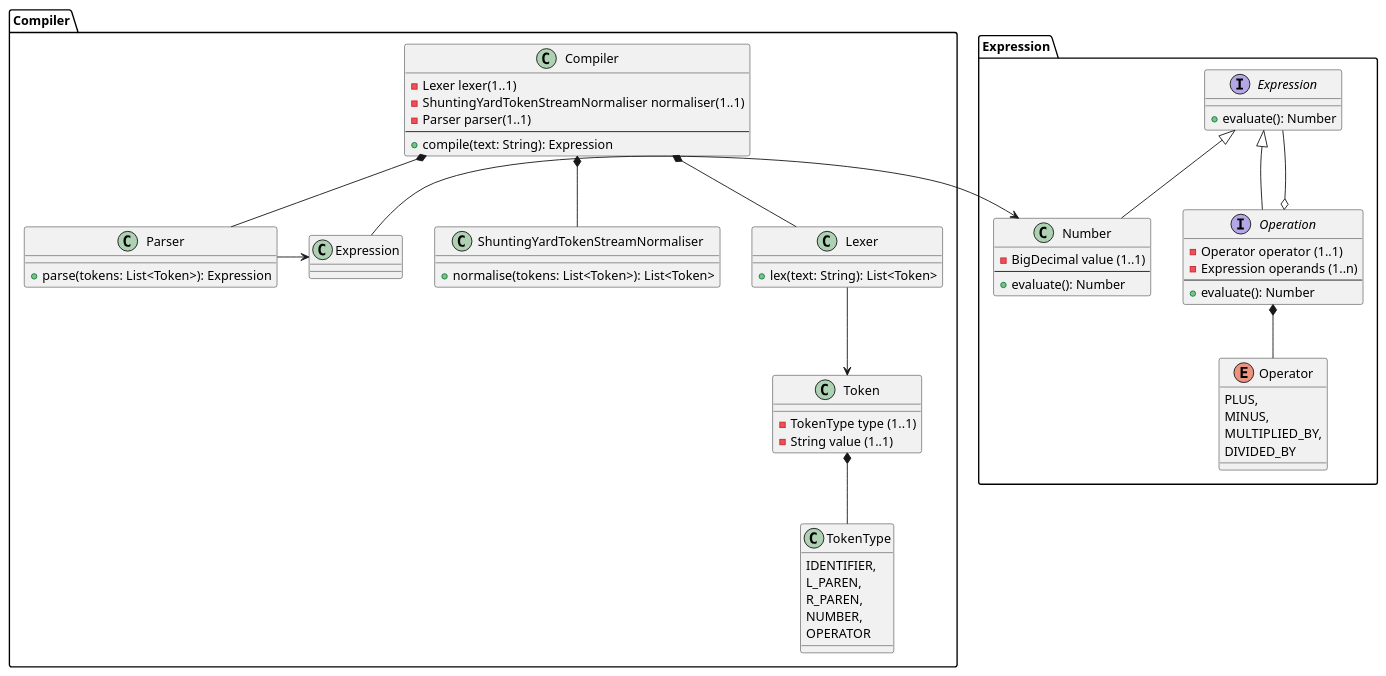
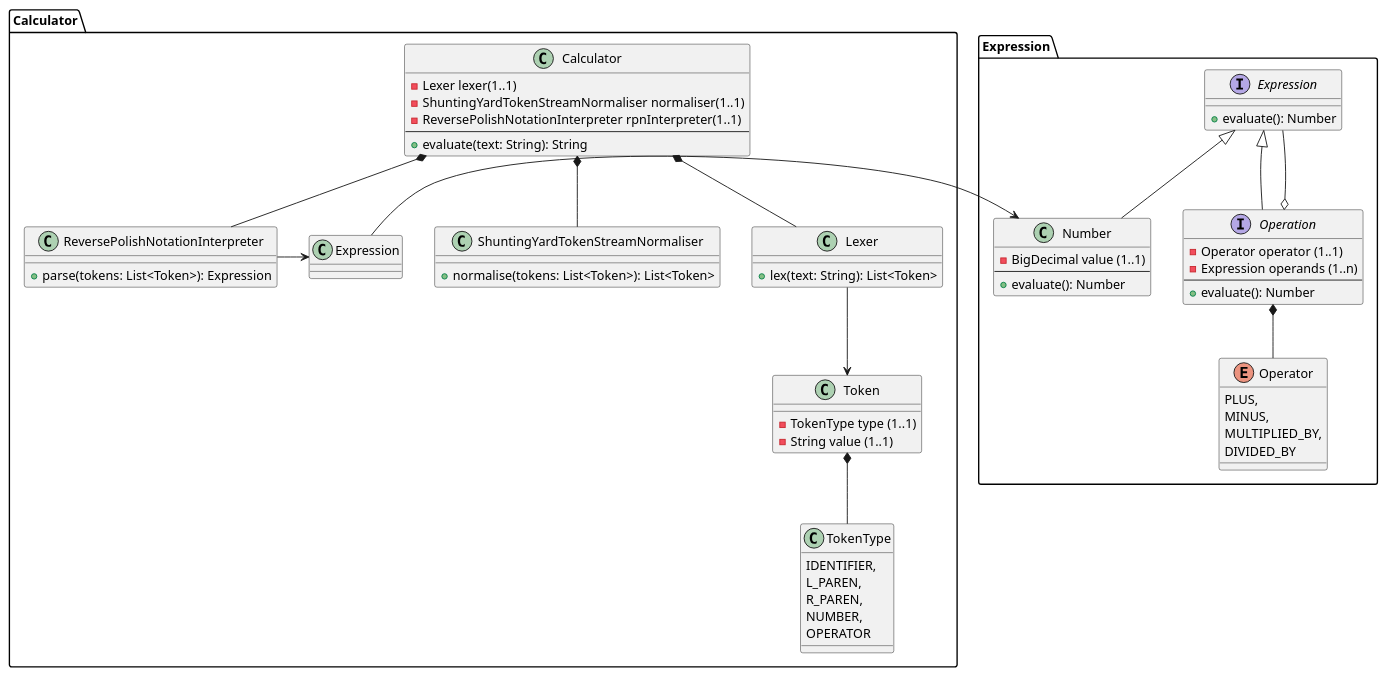
One commit to TristanoSuriani/tdd-calculator-dsl-kata changed the diagram in docs/ClassDiagramModel.puml. Above: the diagram before and after it, drawn with PlantUML. The commit also changed 24 other files, not shown here.

```diff
--- a/docs/ClassDiagramModel.puml
+++ b/docs/ClassDiagramModel.puml
@@ -1,80 +1,80 @@
 @startuml
 
 package Expression {
 
   interface Expression {
     +evaluate(): Number
   }
 
   interface Operation {
       -Operator operator (1..1)
       -Expression operands (1..n)
       --
       +evaluate(): Number
     }
 
   class Number {
     -BigDecimal value (1..1)
     --
     +evaluate(): Number
   }
 
   enum Operator {
     PLUS,
     MINUS,
     MULTIPLIED_BY,
     DIVIDED_BY
   }
 
   Operation o-down- Expression
   Operation *-down- Operator
   Number -up-|> Expression
   Operation -up-|> Expression
 }
 
-package Compiler {
+package Calculator {
 
-  class Compiler {
+  class Calculator {
     -Lexer lexer(1..1)
     -ShuntingYardTokenStreamNormaliser normaliser(1..1)
-    -Parser parser(1..1)
+    -ReversePolishNotationInterpreter rpnInterpreter(1..1)
     --
-    +compile(text: String): Expression
+    +evaluate(text: String): String
   }
 
   class ShuntingYardTokenStreamNormaliser {
     +normalise(tokens: List<Token>): List<Token>
   }
 
-  class Parser {
+  class ReversePolishNotationInterpreter {
     +parse(tokens: List<Token>): Expression
   }
 
   class Lexer {
     +lex(text: String): List<Token>
   }
 
   class Token {
     -TokenType type (1..1)
     -String value (1..1)
   }
 
   class TokenType {
     IDENTIFIER,
     L_PAREN,
     R_PAREN,
     NUMBER,
     OPERATOR
   }
 
-  Compiler *-down- Lexer
-  Compiler *-down- Parser
-  Compiler *-down- ShuntingYardTokenStreamNormaliser
-  Parser -right-> Expression
+  Calculator *-down- Lexer
+  Calculator *-down- ReversePolishNotationInterpreter
+  Calculator *-down- ShuntingYardTokenStreamNormaliser
+  ReversePolishNotationInterpreter -right-> Expression
+  Token *-down- TokenType
   Lexer -down-> Token
-  Token *-down- TokenType
   Expression -left-> Number
 }
 
 
 @enduml
```
